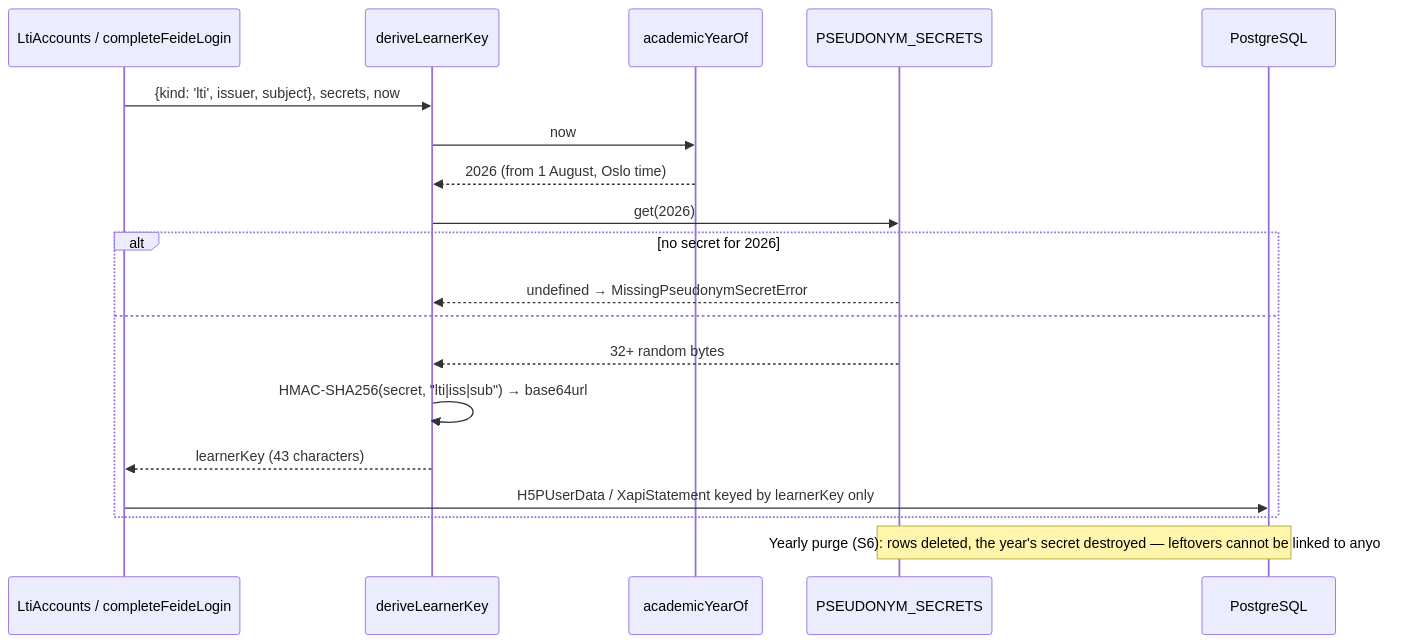
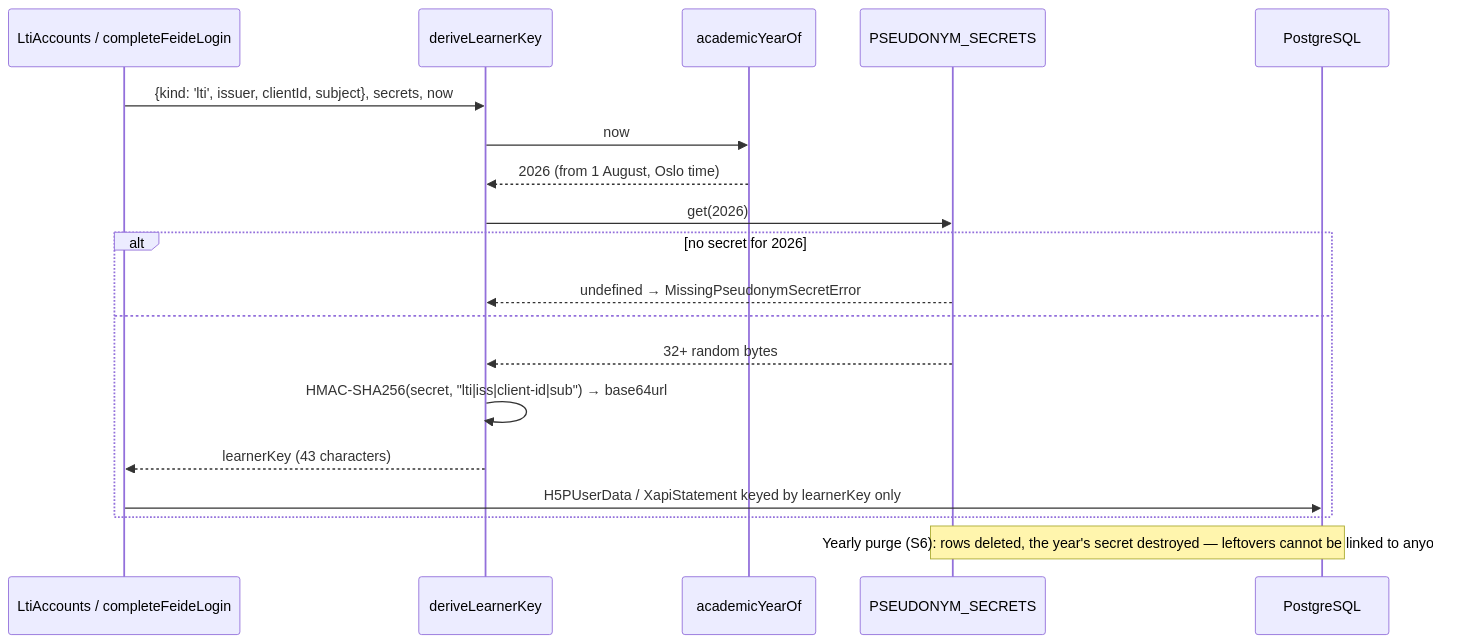
Before and after one commit to bobthebob58/HVL-INTERAKTIV: the tenth of 11 diagrams in apps/server/README.md, drawn with Mermaid. The commit also changed other lines of this file and 33 other files, not shown here.

First line of the commit message:
fix(lti): a Canvas user is known per platform registration, not per issuer

````diff
--- a/apps/server/README.md
+++ b/apps/server/README.md
@@ -490,21 +490,21 @@
 ```mermaid
 sequenceDiagram
     participant Launch as LtiAccounts / completeFeideLogin
     participant Derive as deriveLearnerKey
     participant Year as academicYearOf
     participant Secrets as PSEUDONYM_SECRETS
     participant DB as PostgreSQL
-    Launch->>Derive: {kind: 'lti', issuer, subject}, secrets, now
+    Launch->>Derive: {kind: 'lti', issuer, clientId, subject}, secrets, now
     Derive->>Year: now
     Year-->>Derive: 2026 (from 1 August, Oslo time)
     Derive->>Secrets: get(2026)
     alt no secret for 2026
         Secrets-->>Derive: undefined → MissingPseudonymSecretError
     else
         Secrets-->>Derive: 32+ random bytes
-        Derive->>Derive: HMAC-SHA256(secret, "lti|iss|sub") → base64url
+        Derive->>Derive: HMAC-SHA256(secret, "lti|iss|client-id|sub") → base64url
         Derive-->>Launch: learnerKey (43 characters)
         Launch->>DB: H5PUserData / XapiStatement keyed by learnerKey only
     end
     Note over Secrets,DB: Yearly purge (S6): rows deleted, the year's secret destroyed — leftovers cannot be linked to anyone.
 ```
````
